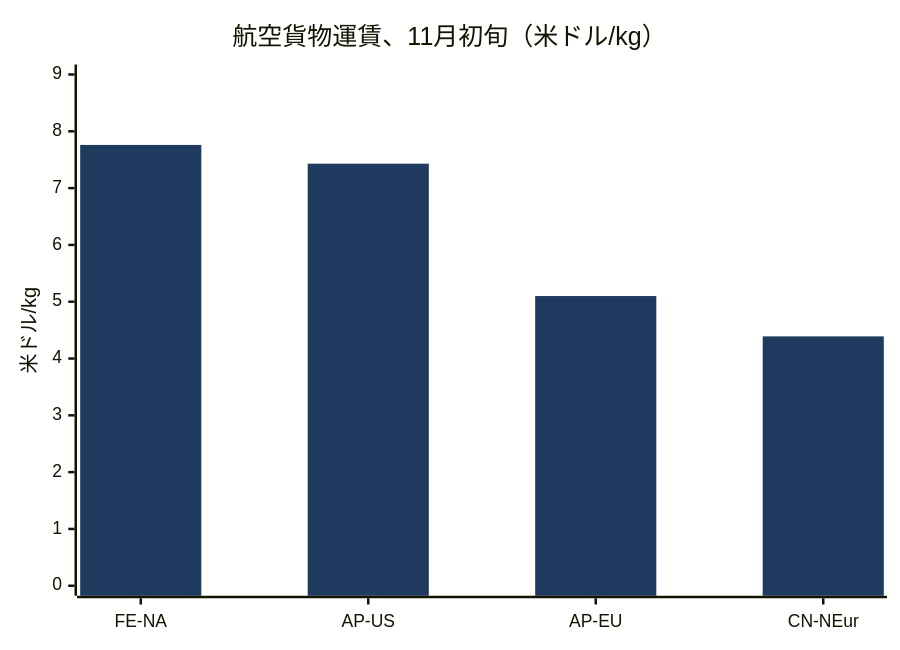
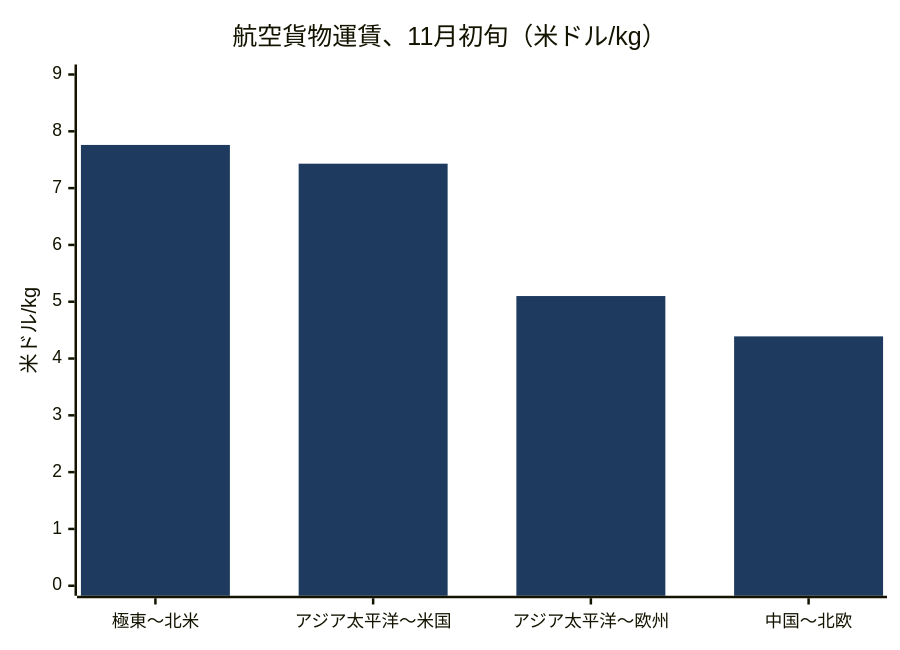
Before and after one commit to dureach/research: the seventh of 9 diagrams in Global-Trade-Intelligence-weekly-2026-11-09/index.jp.md, drawn with Mermaid. The commit also changed other lines of this file and 5 other files, not shown here.

````diff
--- a/Global-Trade-Intelligence-weekly-2026-11-09/index.jp.md
+++ b/Global-Trade-Intelligence-weekly-2026-11-09/index.jp.md
@@ -445,8 +445,8 @@
 ```mermaid
 %%{init: {'theme': 'base', 'themeVariables': {'xyChart': {'plotColorPalette': '#1e3a5f'}}}}%%
 xychart-beta
     title "航空貨物運賃、11月初旬（米ドル/kg）"
-    x-axis ["FE-NA", "AP-US", "AP-EU", "CN-NEur"]
+    x-axis ["極東～北米", "アジア太平洋～米国", "アジア太平洋～欧州", "中国～北欧"]
     y-axis "米ドル/kg" 0 --> 9
     bar [7.76, 7.43, 5.1, 4.39]
 ```
````
